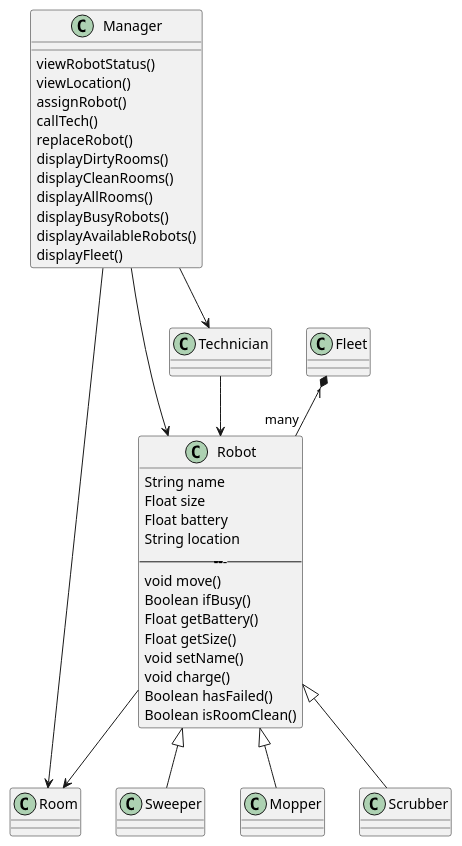
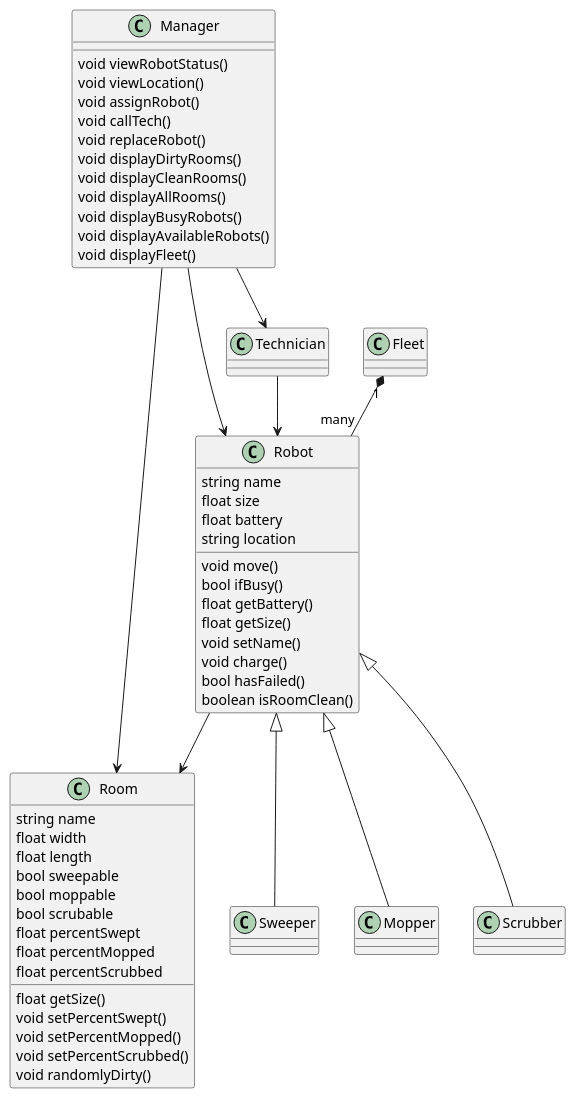
Before and after one commit to ur-cs-courses/course-project-catch-up: the diagram in docs/design/ClassDiagram.puml, drawn with PlantUML. The commit also changed 1 other file, not shown here.

Commit message:
Added Room Class and edited formatting

```diff
--- a/docs/design/ClassDiagram.puml
+++ b/docs/design/ClassDiagram.puml
@@ -1,65 +1,81 @@
 @startuml Class Diagram
 
 'Manager uses Room
 Manager --> Room
 'Manager uses Robot
 Manager --> Robot
 'Manager uses Technician
 Manager --> Technician
 
 'Sweeper is a Robot
 Robot <|-- Sweeper
 'Mopper is a Robot
 Robot <|-- Mopper
 'Scrubber is a Robot
 Robot <|-- Scrubber
 'Technician uses Robot
 Technician --> Robot
 'Robot uses Room
 Robot --> Room
 'One Fleet contains many robots
 Fleet "1" *-- "many" Robot
 
 
 class Manager
-Manager : viewRobotStatus()
-Manager : viewLocation()
-Manager : assignRobot()
-Manager : callTech()
-Manager : replaceRobot()
-Manager : displayDirtyRooms()
-Manager : displayCleanRooms()
-Manager : displayAllRooms()
-Manager : displayBusyRobots()
-Manager : displayAvailableRobots()
-Manager : displayFleet()
+Manager : void viewRobotStatus()
+Manager : void viewLocation()
+Manager : void assignRobot()
+Manager : void callTech()
+Manager : void replaceRobot()
+Manager : void displayDirtyRooms()
+Manager : void displayCleanRooms()
+Manager : void displayAllRooms()
+Manager : void displayBusyRobots()
+Manager : void displayAvailableRobots()
+Manager : void displayFleet()
 
-class Room
+class Room{
+string name
+float width
+float length
+bool sweepable
+bool moppable
+bool scrubable
+float percentSwept
+float percentMopped
+float percentScrubbed
+
+float getSize()
+void setPercentSwept()
+void setPercentMopped()
+void setPercentScrubbed()
+void randomlyDirty()
+}
 
 class Robot{
-String name
-Float size
-Float battery 
-String location
----------------
+string name
+float size
+float battery 
+string location
+
 void move()
-Boolean ifBusy()
-Float getBattery()
-Float getSize()
+bool ifBusy()
+float getBattery()
+float getSize()
 void setName()
 void charge()
-Boolean hasFailed()
-Boolean isRoomClean()
+bool hasFailed()
+boolean isRoomClean()
 }
 
 class Fleet
 
 class Technician
 
 class Sweeper
 
 class Scrubber
 
 class Mopper
 
 @enduml
```
